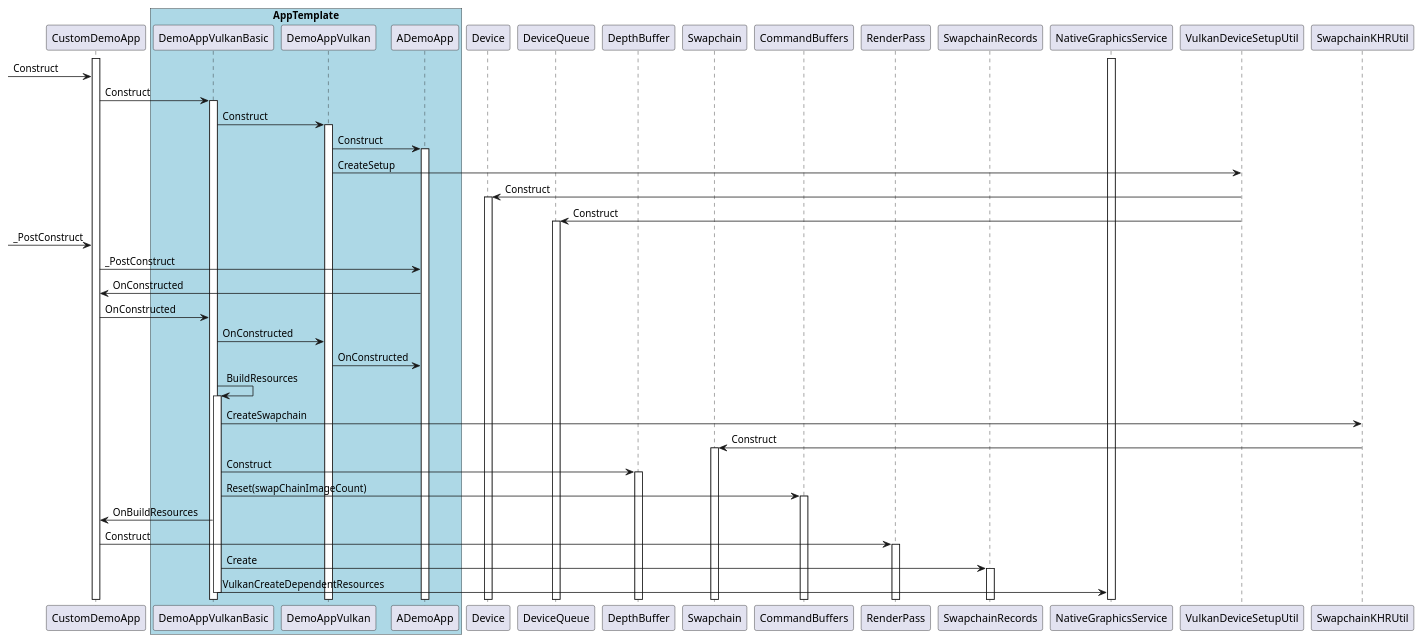
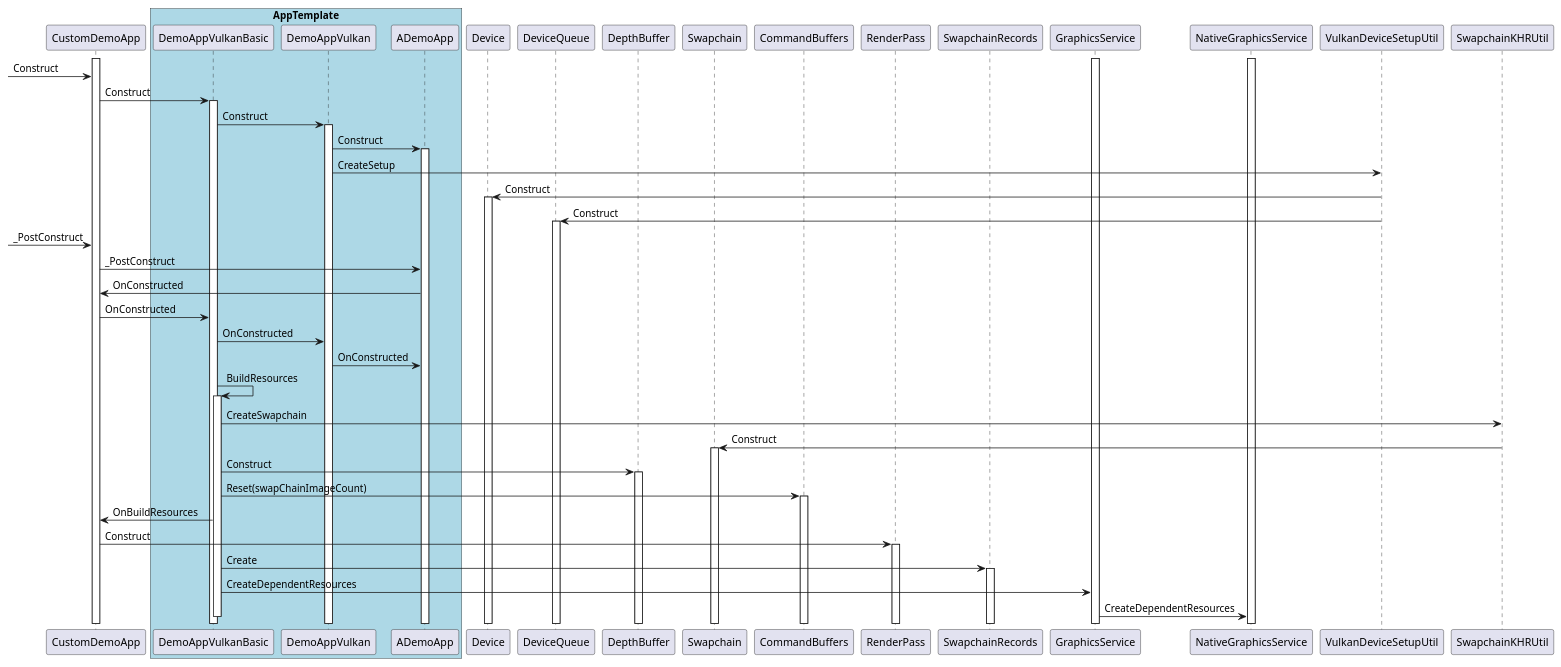
One commit to nxp-imx/gtec-demo-framework changed the diagram in Doc/Vulkan/Diagrams/FslDemoApp.Vulkan__Flow_VulkanDemoAppBasic_Init.pu. Above: the diagram before and after it, drawn with PlantUML. The commit also changed 2498 other files, not shown here.

```diff
--- a/Doc/Vulkan/Diagrams/FslDemoApp.Vulkan__Flow_VulkanDemoAppBasic_Init.pu
+++ b/Doc/Vulkan/Diagrams/FslDemoApp.Vulkan__Flow_VulkanDemoAppBasic_Init.pu
@@ -1,47 +1,49 @@
 @startuml VulkanDemoAppBasic Init Flow
 
 activate CustomDemoApp
 
 box "AppTemplate" #LightBlue
     participant DemoAppVulkanBasic
     participant DemoAppVulkan
     participant ADemoApp
 end box
 
 participant Device
 participant DeviceQueue
 participant DepthBuffer
 participant Swapchain
 participant CommandBuffers
 participant RenderPass
 participant SwapchainRecords
+activate GraphicsService
 activate NativeGraphicsService
 
 ->CustomDemoApp:Construct
 CustomDemoApp->DemoAppVulkanBasic++: Construct
 
 DemoAppVulkanBasic->DemoAppVulkan++: Construct
 DemoAppVulkan->ADemoApp++: Construct
 DemoAppVulkan->VulkanDeviceSetupUtil: CreateSetup
 VulkanDeviceSetupUtil->Device++: Construct
 VulkanDeviceSetupUtil->DeviceQueue++: Construct
 
 ->CustomDemoApp:_PostConstruct
 CustomDemoApp->ADemoApp:_PostConstruct
 ADemoApp->CustomDemoApp:OnConstructed
 CustomDemoApp->DemoAppVulkanBasic:OnConstructed
 DemoAppVulkanBasic->DemoAppVulkan:OnConstructed
 DemoAppVulkan->ADemoApp:OnConstructed
 
 DemoAppVulkanBasic->DemoAppVulkanBasic++: BuildResources
 DemoAppVulkanBasic->SwapchainKHRUtil: CreateSwapchain
 SwapchainKHRUtil->Swapchain++: Construct
 DemoAppVulkanBasic->DepthBuffer++: Construct
 DemoAppVulkanBasic->CommandBuffers++: Reset(swapChainImageCount)
 DemoAppVulkanBasic->CustomDemoApp: OnBuildResources
 CustomDemoApp->RenderPass++: Construct
 DemoAppVulkanBasic->SwapchainRecords++: Create
-DemoAppVulkanBasic->NativeGraphicsService: VulkanCreateDependentResources
+DemoAppVulkanBasic->GraphicsService: CreateDependentResources
+GraphicsService->NativeGraphicsService: CreateDependentResources
 deactivate DemoAppVulkanBasic
 
 @enduml
```
